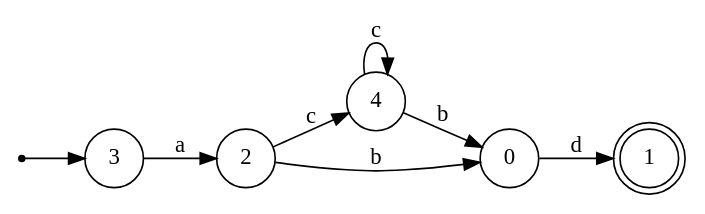
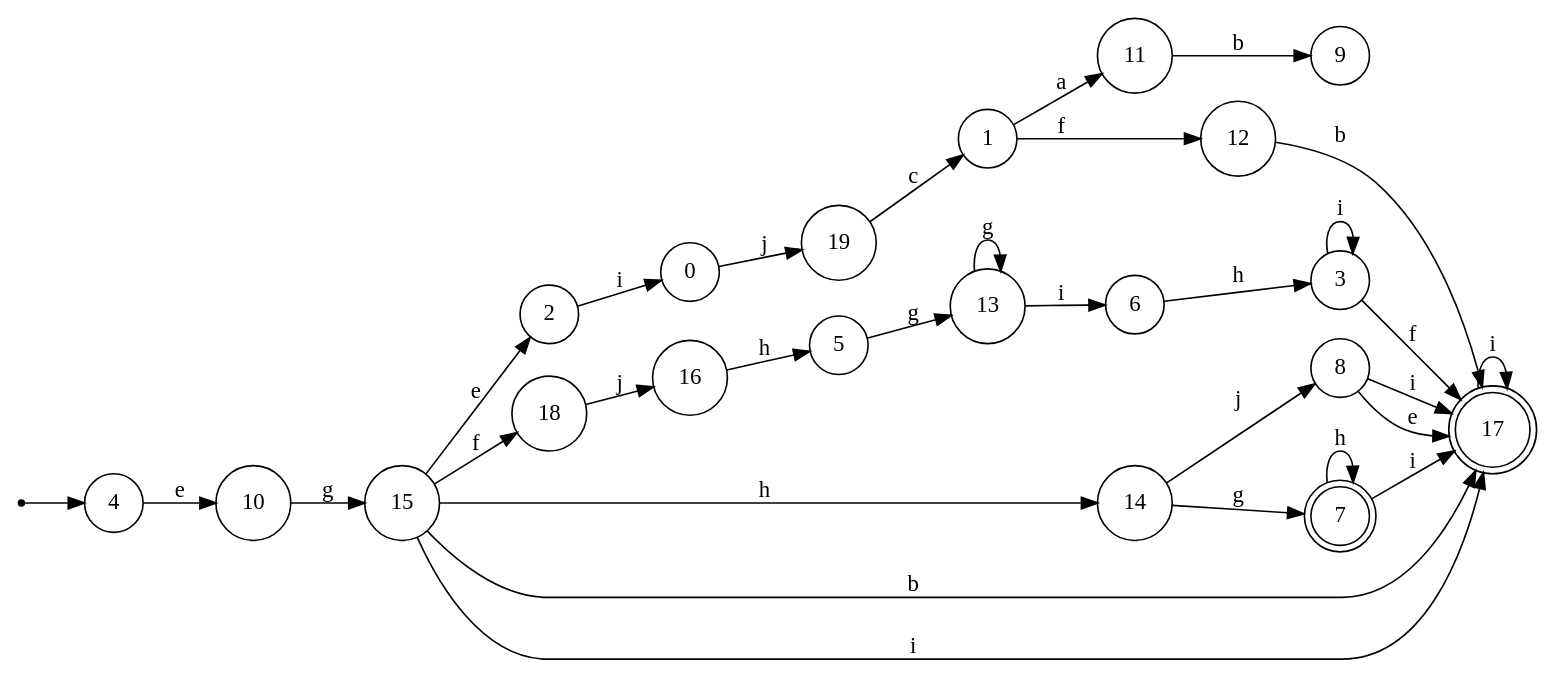
Before and after one commit to LeonardoDeFaveri/NFA-minimization: the diagram in minimized/left_right.gv, drawn with Graphviz. The commit also changed 17 other files, not shown here.

```diff
--- a/minimized/left_right.gv
+++ b/minimized/left_right.gv
@@ -1,17 +1,55 @@
 digraph {
 	rankdir = LR;
 	size = "30,20";
 	node [shape = point]; "dummy0"
-	node [shape = circle]; "3"
-	"dummy0" -> "3";
-	node [shape = circle]; "4";
-	node [shape = doublecircle]; "1";
+	node [shape = circle]; "4"
+	"dummy0" -> "4";
+	node [shape = circle]; "2";
+	node [shape = circle]; "18";
+	node [shape = circle]; "19";
 	node [shape = circle]; "0";
-	node [shape = circle]; "2";
-	"3" -> "2" [label = "a"];
-	"2" -> "4" [label = "c"];
-	"2" -> "0" [label = "b"];
-	"4" -> "4" [label = "c"];
-	"4" -> "0" [label = "b"];
-	"0" -> "1" [label = "d"];
+	node [shape = circle]; "11";
+	node [shape = circle]; "6";
+	node [shape = circle]; "9";
+	node [shape = circle]; "16";
+	node [shape = circle]; "8";
+	node [shape = circle]; "1";
+	node [shape = circle]; "3";
+	node [shape = circle]; "5";
+	node [shape = doublecircle]; "7";
+	node [shape = circle]; "10";
+	node [shape = circle]; "12";
+	node [shape = circle]; "14";
+	node [shape = circle]; "15";
+	node [shape = doublecircle]; "17";
+	node [shape = circle]; "13";
+	"19" -> "1" [label = "c"];
+	"13" -> "13" [label = "g"];
+	"13" -> "6" [label = "i"];
+	"2" -> "0" [label = "i"];
+	"15" -> "14" [label = "h"];
+	"15" -> "17" [label = "b"];
+	"15" -> "18" [label = "f"];
+	"15" -> "17" [label = "i"];
+	"15" -> "2" [label = "e"];
+	"10" -> "15" [label = "g"];
+	"11" -> "9" [label = "b"];
+	"7" -> "7" [label = "h"];
+	"7" -> "17" [label = "i"];
+	"8" -> "17" [label = "i"];
+	"8" -> "17" [label = "e"];
+	"4" -> "10" [label = "e"];
+	"16" -> "5" [label = "h"];
+	"5" -> "13" [label = "g"];
+	"0" -> "19" [label = "j"];
+	"17" -> "17" [label = "i"];
+	"3" -> "3" [label = "i"];
+	"3" -> "17" [label = "f"];
+	"6" -> "3" [label = "h"];
+	"12" -> "17" [label = "b"];
+	"14" -> "8" [label = "j"];
+	"14" -> "7" [label = "g"];
+	"1" -> "11" [label = "a"];
+	"1" -> "12" [label = "f"];
+	"18" -> "16" [label = "j"];
 }
```
